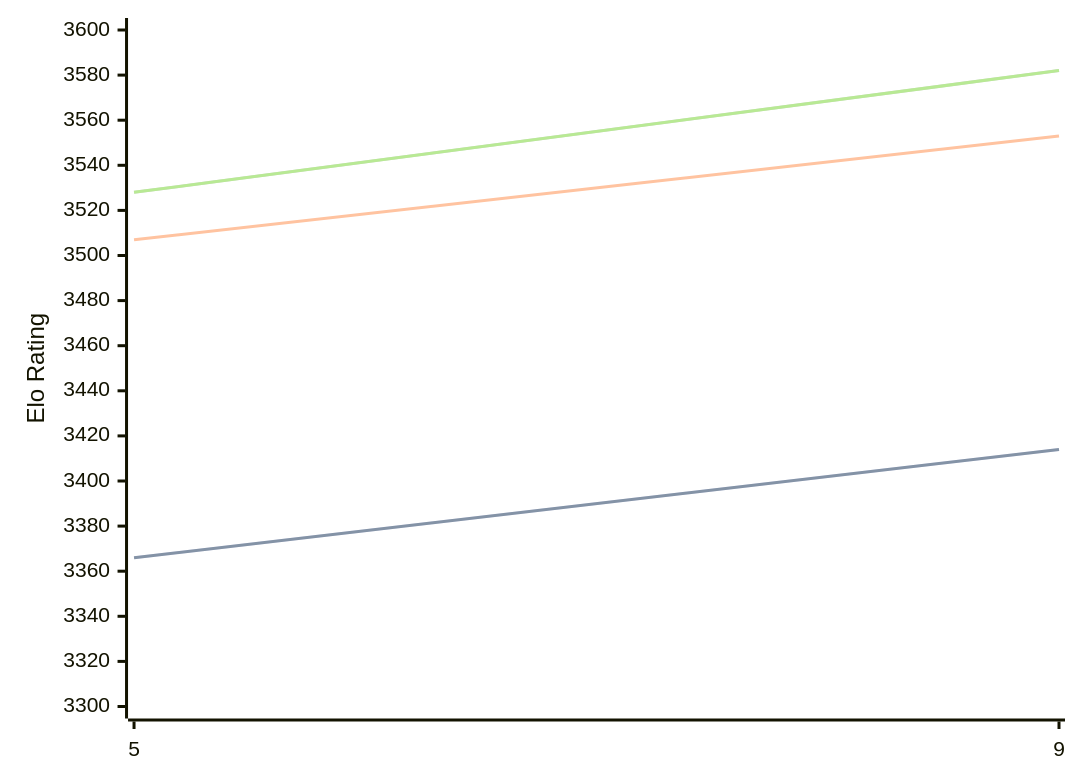
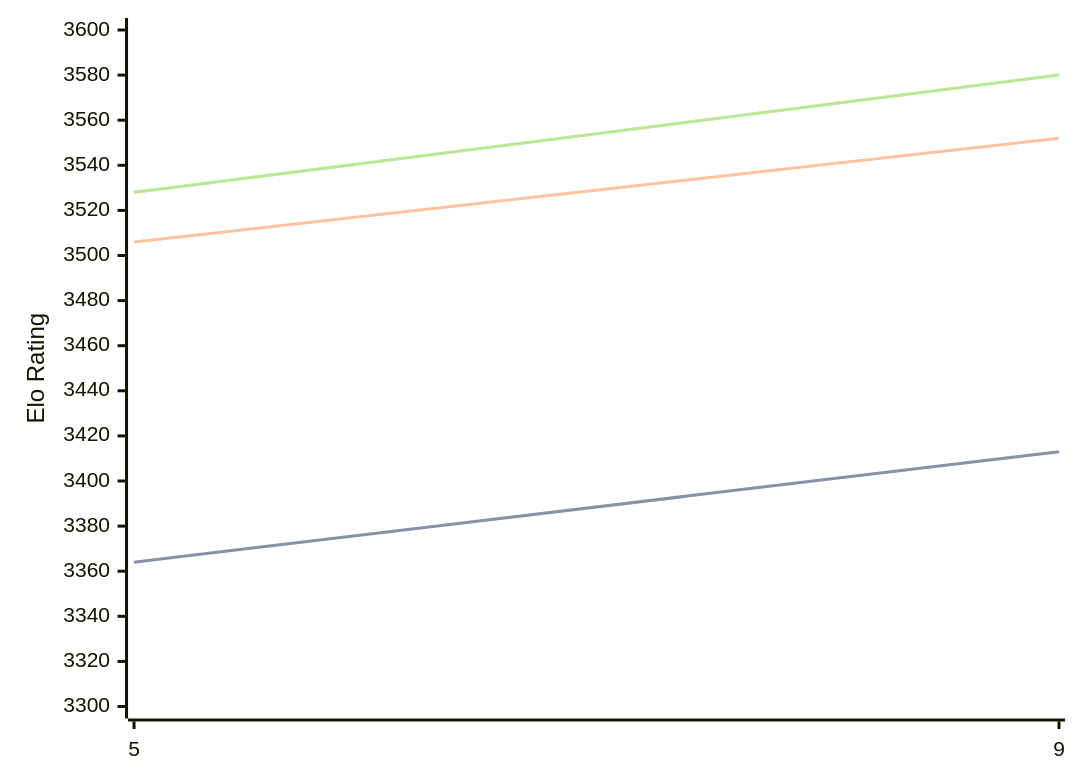
Before and after one commit to computer-chess-index/cci: the diagram in engines/Crystal.md, drawn with Mermaid. The commit also changed other lines of this file, not shown here.

Commit message:
Update CCI Ratings (ELO VLTC) - 2026-06-07

````diff
--- a/engines/Crystal.md
+++ b/engines/Crystal.md
@@ -60,11 +60,11 @@
 ```mermaid
 %%{init: {"theme":"base","themeVariables":{"seriesColors:['#a3a3a3','#222221','#faa371']}}}%%
 xychart-beta
   x-axis ["5", "9"]
   y-axis "Elo Rating" 3300 --> 3600
-  line "STC (8.0+0.08s)" [3366, 3414]
-  line "STC (8.0+0.08s)" [3366, 3414]
-  line "LTC (60.0+0.60s)" [3507, 3553]
-  line "VLTC (2m24s+1.12s)" [3528, 3582]
-  line "VLTC (2m24s+1.12s)" [3528, 3582]
+  line "STC (8.0+0.08s)" [3364, 3413]
+  line "STC (8.0+0.08s)" [3364, 3413]
+  line "LTC (60.0+0.60s)" [3506, 3552]
+  line "VLTC (2m24s+1.12s)" [3528, 3580]
+  line "VLTC (2m24s+1.12s)" [3528, 3580]
 ```
````
